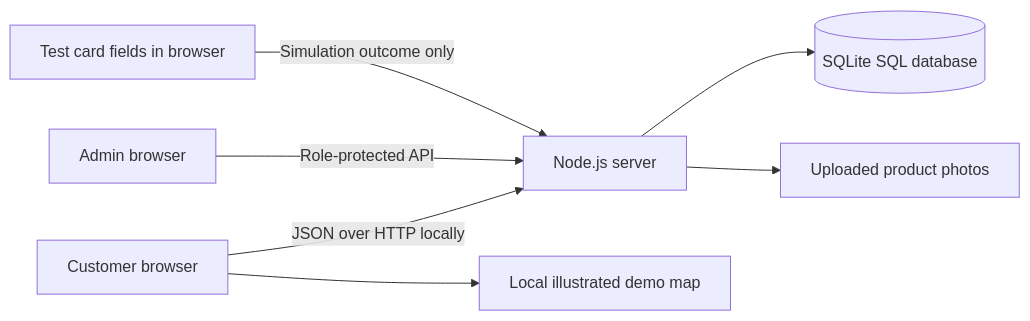
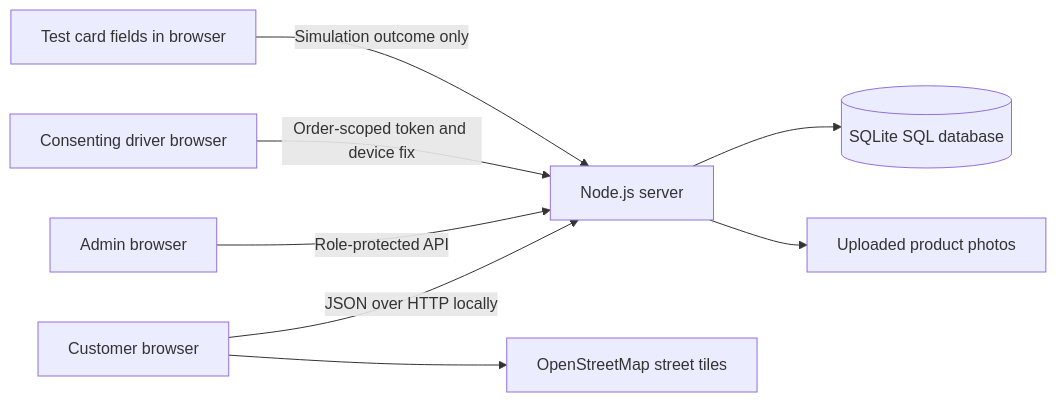
One commit to xynvm120/Sako-Supply changed the diagram in docs/DEFENSE.md. Above: the diagram before and after it, drawn with Mermaid. The commit also changed other lines of this file and 24 other files, not shown here.

Commit message:
Replace illustrated delivery simulation with street maps and consented driver GPS

````diff
--- a/docs/DEFENSE.md
+++ b/docs/DEFENSE.md
@@ -21,9 +21,10 @@
 ```mermaid
 flowchart LR
     C[Customer browser] -->|JSON over HTTP locally| A[Node.js server]
     M[Admin browser] -->|Role-protected API| A
+    R[Consenting driver browser] -->|Order-scoped token and device fix| A
     A --> D[(SQLite SQL database)]
     A --> F[Uploaded product photos]
-    C --> L[Local illustrated demo map]
+    C --> L[OpenStreetMap street tiles]
     P[Test card fields in browser] -->|Simulation outcome only| A
 ```
````
